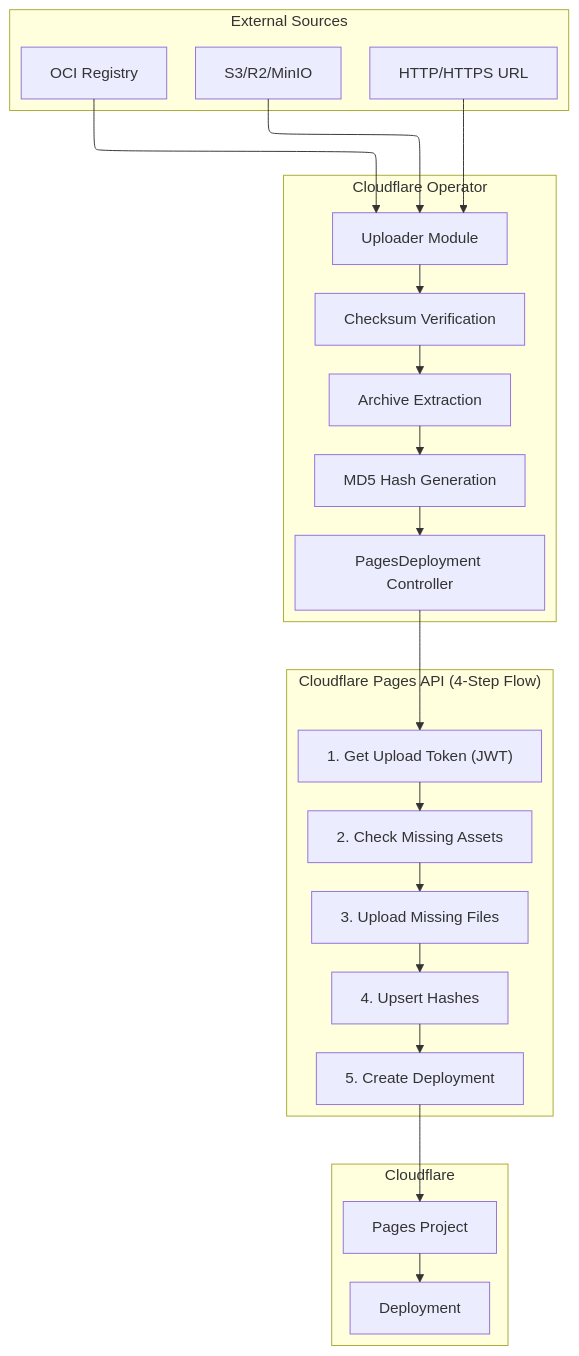
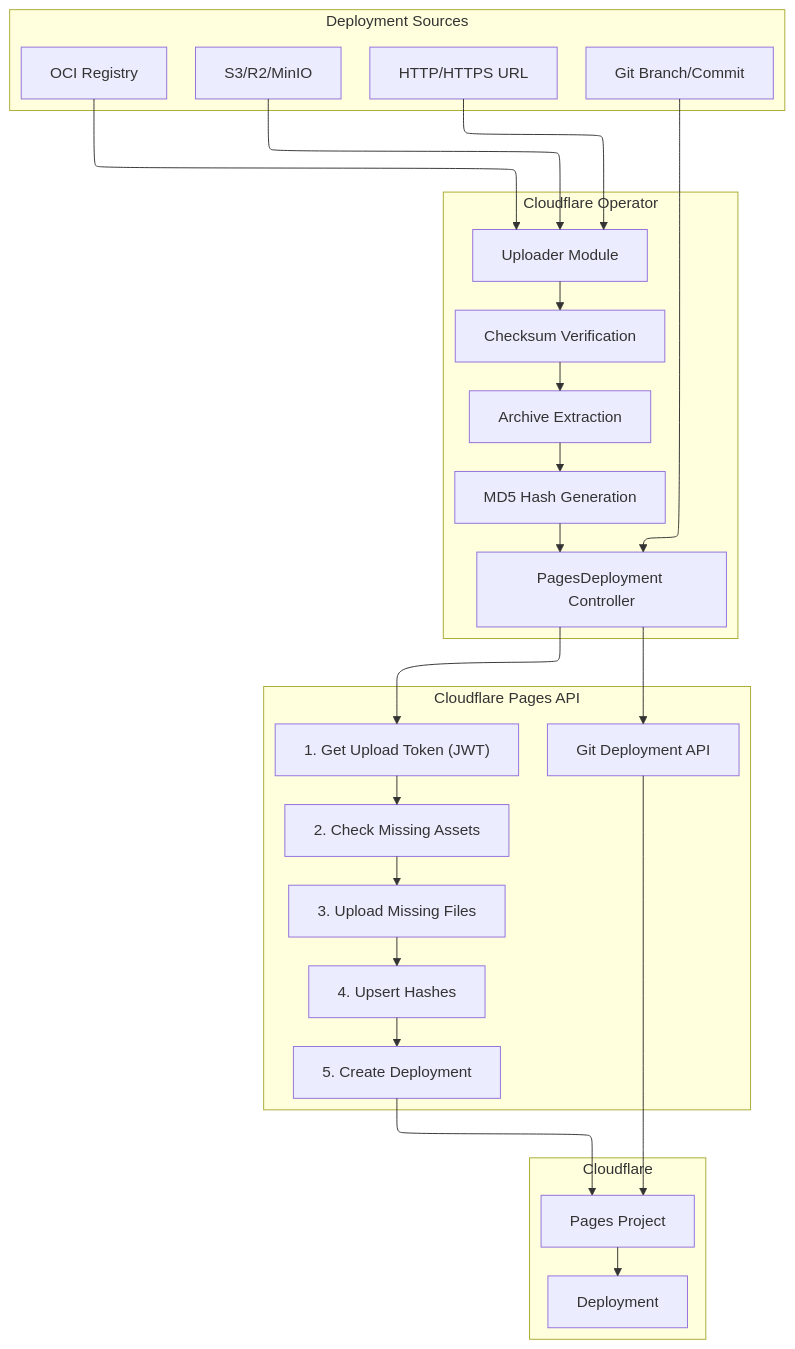
One commit to StringKe/cloudflare-operator changed the first of 2 diagrams in docs/en/guides/pages-advanced-deployment.md. Above: the diagram before and after it, drawn with Mermaid. The commit also changed other lines of this file and 10 other files, not shown here.

First line of the commit message:
feat(pages): refactor PagesDeployment to persistent version entity

````diff
--- a/docs/en/guides/pages-advanced-deployment.md
+++ b/docs/en/guides/pages-advanced-deployment.md
@@ -21,49 +62,54 @@
 ```mermaid
 ---
 config:
   layout: elk
 ---
 flowchart TB
-    subgraph Sources["External Sources"]
+    subgraph Sources["Deployment Sources"]
+        GIT["Git Branch/Commit"]
         HTTP["HTTP/HTTPS URL"]
         S3["S3/R2/MinIO"]
         OCI["OCI Registry"]
     end
 
     subgraph Operator["Cloudflare Operator"]
         PD["PagesDeployment Controller"]
         UP["Uploader Module"]
         CS["Checksum Verification"]
         AR["Archive Extraction"]
         MD5["MD5 Hash Generation"]
     end
 
-    subgraph CloudflareAPI["Cloudflare Pages API (4-Step Flow)"]
+    subgraph CloudflareAPI["Cloudflare Pages API"]
+        GITDEP["Git Deployment API"]
         JWT["1. Get Upload Token (JWT)"]
         CHK["2. Check Missing Assets"]
         UPL["3. Upload Missing Files"]
         UPS["4. Upsert Hashes"]
         DEP["5. Create Deployment"]
     end
 
     subgraph Cloudflare["Cloudflare"]
         PP["Pages Project"]
         DEPLOY["Deployment"]
     end
 
+    GIT --> PD
     HTTP --> UP
     S3 --> UP
     OCI --> UP
 
+    PD --> GITDEP
     UP --> CS
     CS --> AR
     AR --> MD5
     MD5 --> PD
     PD --> JWT
     JWT --> CHK
     CHK --> UPL
     UPL --> UPS
     UPS --> DEP
+    GITDEP --> PP
     DEP --> PP
     PP --> DEPLOY
 ```
````
